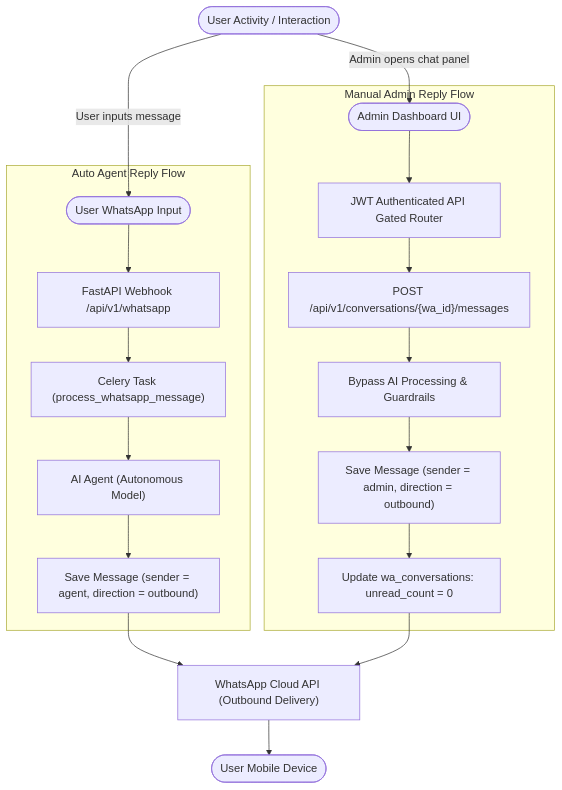
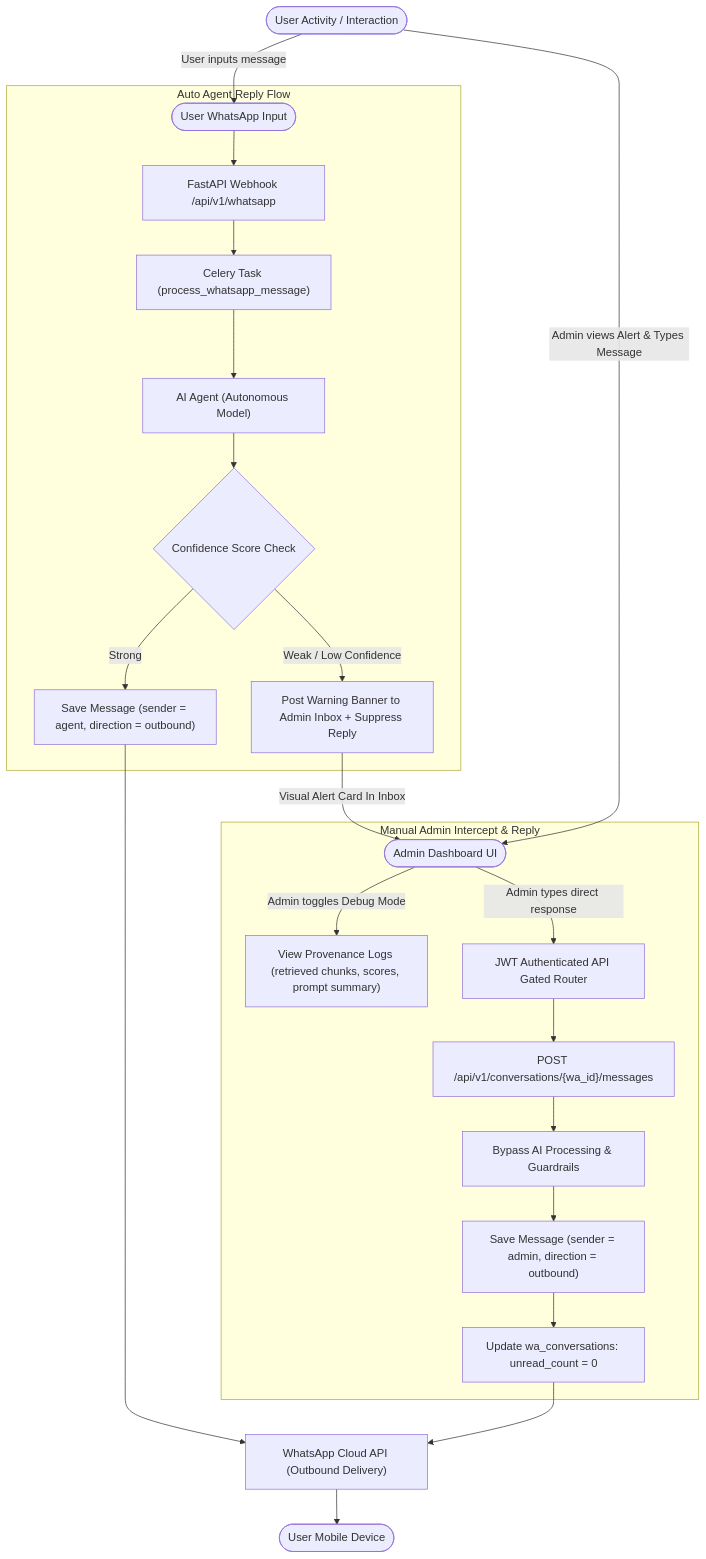
One commit to HasnainMuavia1/WA-Graph-RAG-BACKEND changed the fourth of 5 diagrams in README.md. Above: the diagram before and after it, drawn with Mermaid. The commit also changed other lines of this file and 7 other files, not shown here.

````diff
--- a/README.md
+++ b/README.md
@@ -147,29 +161,35 @@
 ```mermaid
 graph TD
     UserStart([User Activity / Interaction])
     
     %% Flows
     UserStart -->|User inputs message| UserIn([User WhatsApp Input])
-    UserStart -->|Admin opens chat panel| AdminIn([Admin Dashboard UI])
+    UserStart -->|Admin views Alert & Types Message| AdminIn([Admin Dashboard UI])
     
     subgraph Auto Agent Reply Flow
         UserIn --> Webhook["FastAPI Webhook /api/v1/whatsapp"]
         Webhook --> Celery["Celery Task (process_whatsapp_message)"]
         Celery --> RAG["AI Agent (Autonomous Model)"]
-        RAG --> SaveAuto["Save Message (sender = agent, direction = outbound)"]
+        
+        %% Splitting based on confidence
+        RAG --> ScoreCheck{Confidence Score Check}
+        ScoreCheck -->|Strong| SaveAuto["Save Message (sender = agent, direction = outbound)"]
+        ScoreCheck -->|Weak / Low Confidence| AlertAdmin["Post Warning Banner to Admin Inbox + Suppress Reply"]
     end
 
-    subgraph Manual Admin Reply Flow
-        AdminIn --> Auth["JWT Authenticated API Gated Router"]
+    subgraph Manual Admin Intercept & Reply
+        AlertAdmin -->|Visual Alert Card In Inbox| AdminIn
+        AdminIn -->|Admin toggles Debug Mode| ViewProvenance["View Provenance Logs (retrieved chunks, scores, prompt summary)"]
+        AdminIn -->|Admin types direct response| Auth["JWT Authenticated API Gated Router"]
         Auth --> SendEndpoint["POST /api/v1/conversations/{wa_id}/messages"]
         SendEndpoint --> Bypass["Bypass AI Processing & Guardrails"]
         Bypass --> SaveManual["Save Message (sender = admin, direction = outbound)"]
         SaveManual --> ResetUnread["Update wa_conversations: unread_count = 0"]
     end
     
     %% Output
     SaveAuto --> OutWA["WhatsApp Cloud API (Outbound Delivery)"]
     ResetUnread --> OutWA
     
     OutWA --> UserMobile([User Mobile Device])
 ```
````
